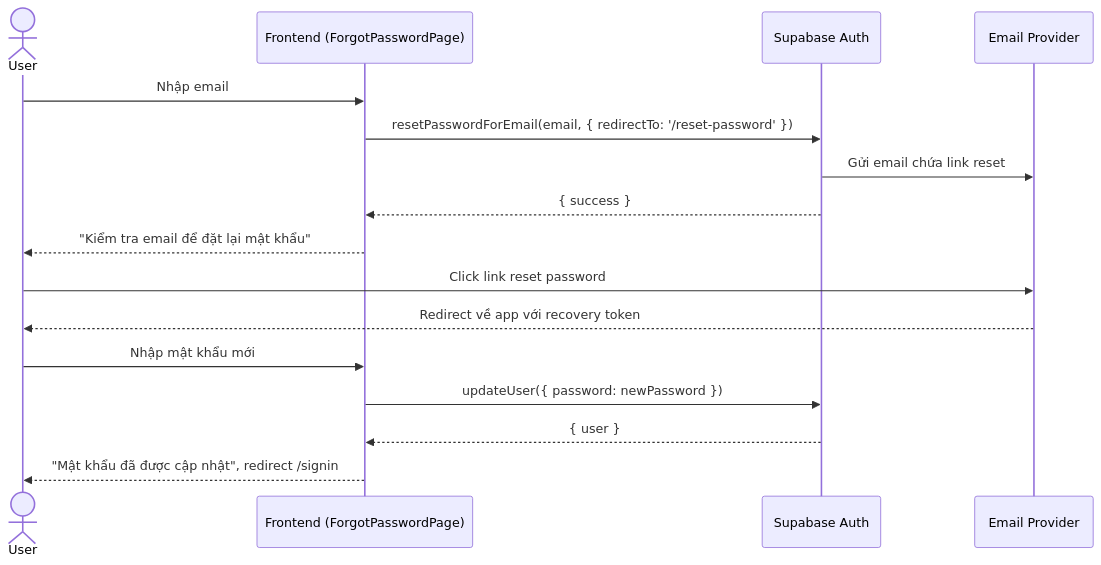
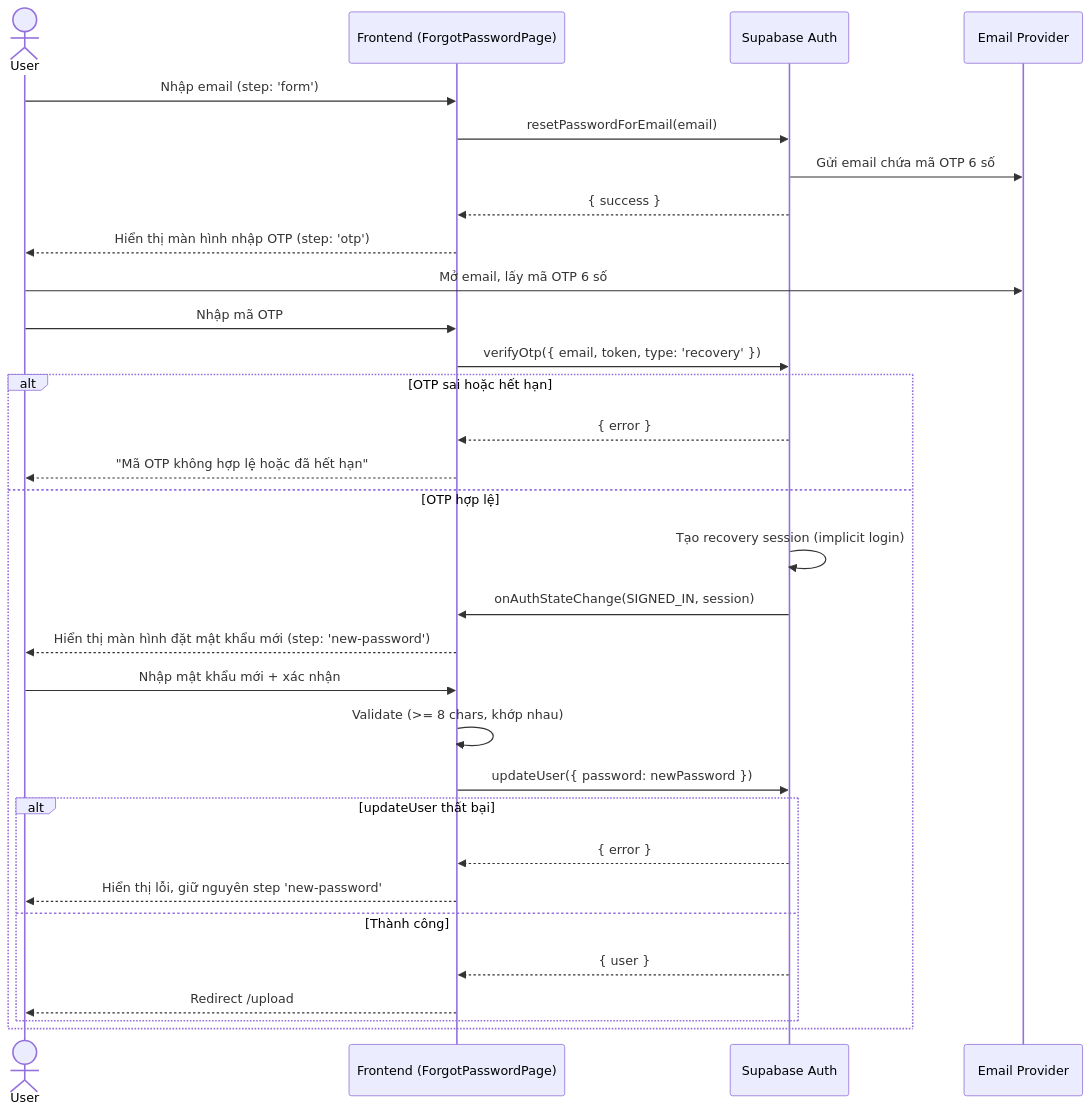
The fourth of 22 diagrams in docs/system-flows.md (SonDinh1129/subtitle-project), drawn with Mermaid before and after one commit. The commit also changed other lines of this file and 1 other file, not shown here.

Commit message:
docs: update UC-04 and UC-10 flows to reflect OTP-based verification

````diff
--- a/docs/system-flows.md
+++ b/docs/system-flows.md
@@ -125,19 +132,34 @@
 ```mermaid
 sequenceDiagram
     actor User
     participant FE as Frontend (ForgotPasswordPage)
     participant SB as Supabase Auth
     participant Email as Email Provider
 
-    User->>FE: Nhập email
-    FE->>SB: resetPasswordForEmail(email, { redirectTo: '/reset-password' })
-    SB->>Email: Gửi email chứa link reset
+    User->>FE: Nhập email (step: 'form')
+    FE->>SB: resetPasswordForEmail(email)
+    SB->>Email: Gửi email chứa mã OTP 6 số
     SB-->>FE: { success }
-    FE-->>User: "Kiểm tra email để đặt lại mật khẩu"
-    User->>Email: Click link reset password
-    Email-->>User: Redirect về app với recovery token
-    User->>FE: Nhập mật khẩu mới
-    FE->>SB: updateUser({ password: newPassword })
-    SB-->>FE: { user }
-    FE-->>User: "Mật khẩu đã được cập nhật", redirect /signin
+    FE-->>User: Hiển thị màn hình nhập OTP (step: 'otp')
+    User->>Email: Mở email, lấy mã OTP 6 số
+    User->>FE: Nhập mã OTP
+    FE->>SB: verifyOtp({ email, token, type: 'recovery' })
+    alt OTP sai hoặc hết hạn
+        SB-->>FE: { error }
+        FE-->>User: "Mã OTP không hợp lệ hoặc đã hết hạn"
+    else OTP hợp lệ
+        SB->>SB: Tạo recovery session (implicit login)
+        SB->>FE: onAuthStateChange(SIGNED_IN, session)
+        FE-->>User: Hiển thị màn hình đặt mật khẩu mới (step: 'new-password')
+        User->>FE: Nhập mật khẩu mới + xác nhận
+        FE->>FE: Validate (>= 8 chars, khớp nhau)
+        FE->>SB: updateUser({ password: newPassword })
+        alt updateUser thất bại
+            SB-->>FE: { error }
+            FE-->>User: Hiển thị lỗi, giữ nguyên step 'new-password'
+        else Thành công
+            SB-->>FE: { user }
+            FE-->>User: Redirect /upload
+        end
+    end
 ```
````
